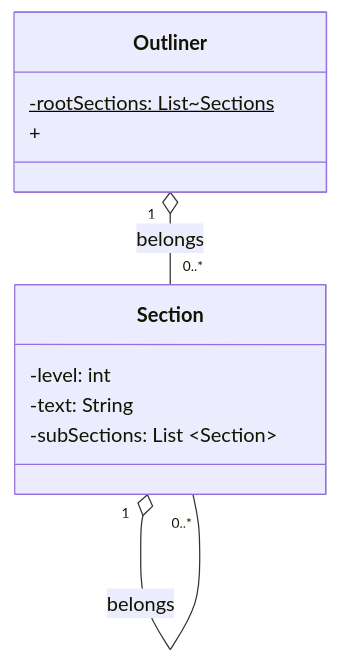
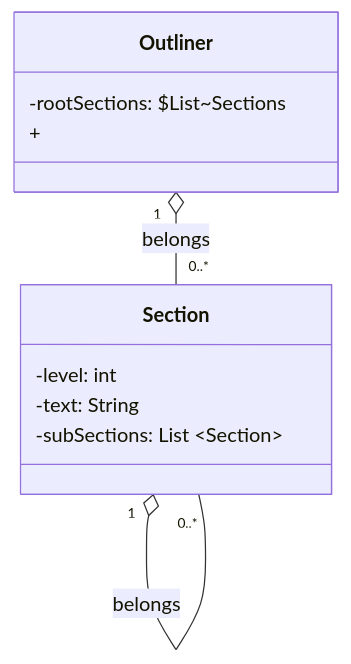
One commit to itsjihunpark/Microsoft-Word-Outliner-Clone changed the diagram in docs/UMLTemplate.md. Above: the diagram before and after it, drawn with Mermaid.

````diff
--- a/docs/UMLTemplate.md
+++ b/docs/UMLTemplate.md
@@ -24,15 +24,15 @@
 ```mermaid
 classDiagram
     Outliner "1" o-- "0..*" Section : belongs
     Section "1" o-- "0..*" Section : belongs 
     class Outliner{
-      -rootSections: List~Sections$
+      -rootSections: $List~Sections
       +
     }
     class Section{
       -level: int
       -text: String
       -subSections: List ~Section~
     }
 
 ```
````
